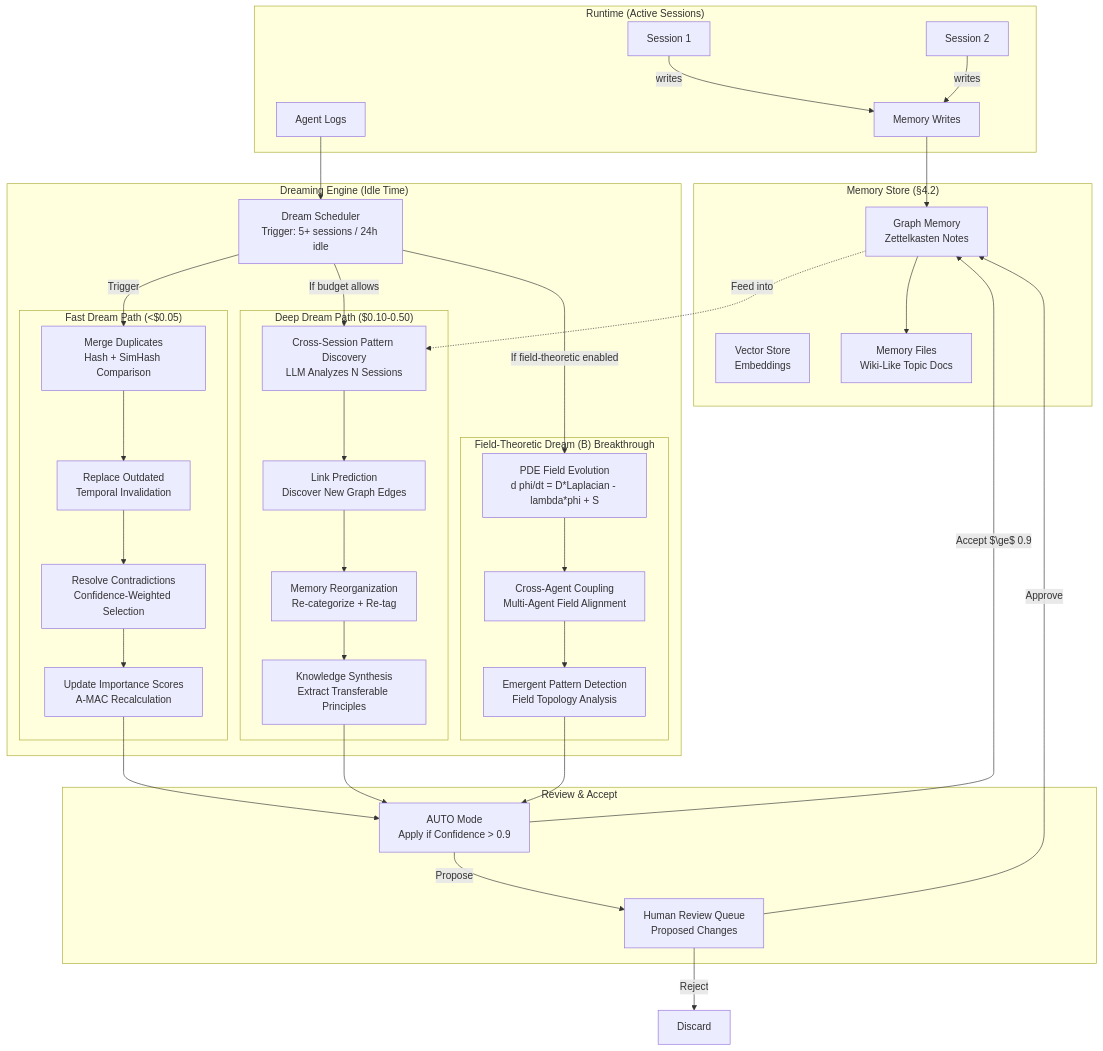
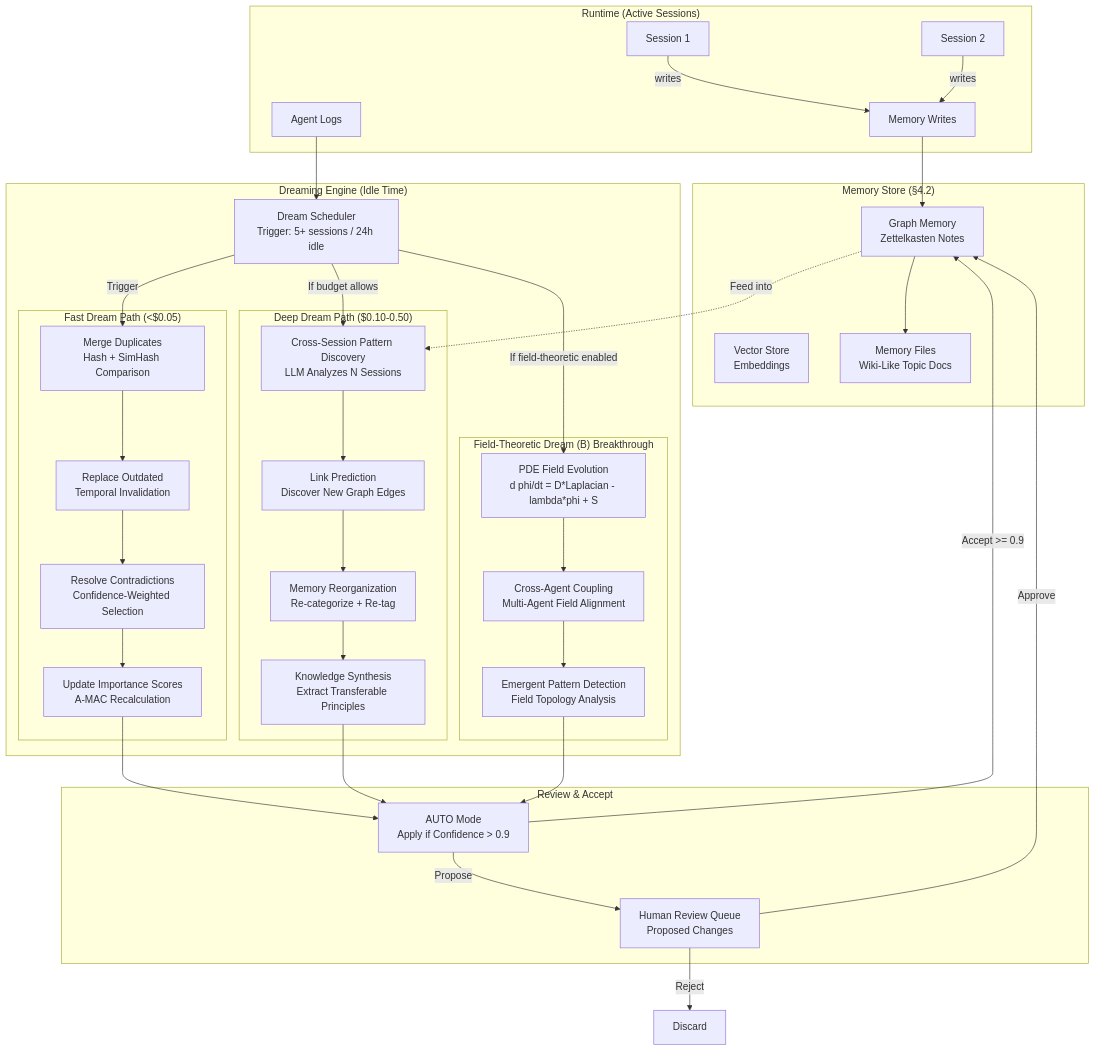
One commit to ndqkhanh/lyra changed the first of 2 diagrams in docs/lyra-upgrade/plans/24-dreaming.md. Above: the diagram before and after it, drawn with Mermaid. The commit also changed other lines of this file and 776 other files, not shown here.

````diff
--- a/docs/lyra-upgrade/plans/24-dreaming.md
+++ b/docs/lyra-upgrade/plans/24-dreaming.md
@@ -81,75 +182,75 @@
 ```mermaid
 graph TB
     subgraph "Runtime (Active Sessions)"
         Session1[Session 1]
         Session2[Session 2]
         AgentLogs[Agent Logs]
         MemoryWrites[Memory Writes]
     end
     
     subgraph "Dreaming Engine (Idle Time)"
         DR[Dream Scheduler<br/>Trigger: 5+ sessions / 24h idle]
         
         subgraph "Fast Dream Path (<$0.05)"
             FD1[Merge Duplicates<br/>Hash + SimHash Comparison]
             FD2[Replace Outdated<br/>Temporal Invalidation]
             FD3[Resolve Contradictions<br/>Confidence-Weighted Selection]
             FD4[Update Importance Scores<br/>A-MAC Recalculation]
         end
         
         subgraph "Deep Dream Path ($0.10-0.50)"
             DD1[Cross-Session Pattern Discovery<br/>LLM Analyzes N Sessions]
             DD2[Link Prediction<br/>Discover New Graph Edges]
             DD3[Memory Reorganization<br/>Re-categorize + Re-tag]
             DD4[Knowledge Synthesis<br/>Extract Transferable Principles]
         end
         
         subgraph "Field-Theoretic Dream (B) Breakthrough"
             FT1[PDE Field Evolution<br/>d phi/dt = D*Laplacian - lambda*phi + S]
             FT2[Cross-Agent Coupling<br/>Multi-Agent Field Alignment]
             FT3[Emergent Pattern Detection<br/>Field Topology Analysis]
         end
     end
     
     subgraph "Memory Store (§4.2)"
         GM[Graph Memory<br/>Zettelkasten Notes]
         VS[Vector Store<br/>Embeddings]
         MF[Memory Files<br/>Wiki-Like Topic Docs]
     end
     
     subgraph "Review & Accept"
         HR[Human Review Queue<br/>Proposed Changes]
         Auto[AUTO Mode<br/>Apply if Confidence > 0.9]
     end
     
     Session1 -->|writes| MemoryWrites
     Session2 -->|writes| MemoryWrites
     MemoryWrites --> GM
     AgentLogs --> DR
     
     DR -->|Trigger| FD1
     FD1 --> FD2
     FD2 --> FD3
     FD3 --> FD4
     
     DR -->|If budget allows| DD1
     DD1 --> DD2
     DD2 --> DD3
     DD3 --> DD4
     
     DR -->|If field-theoretic enabled| FT1
     FT1 --> FT2
     FT2 --> FT3
     
     FD4 --> Auto
     DD4 --> Auto
     FT3 --> Auto
     
-    Auto -->|Accept $\ge$ 0.9| GM
+    Auto -->|Accept >= 0.9| GM
     Auto -->|Propose| HR
     HR -->|Approve| GM
     HR -->|Reject| Discard[Discard]
     
     GM --> MF
     GM -.->|Feed into| DD1
 ```
````
